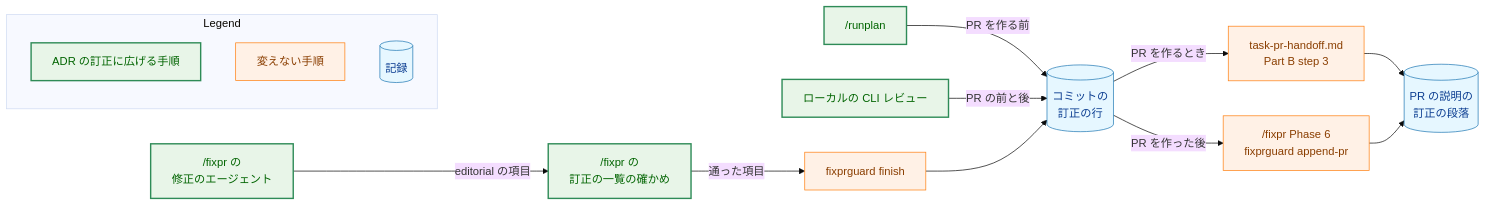
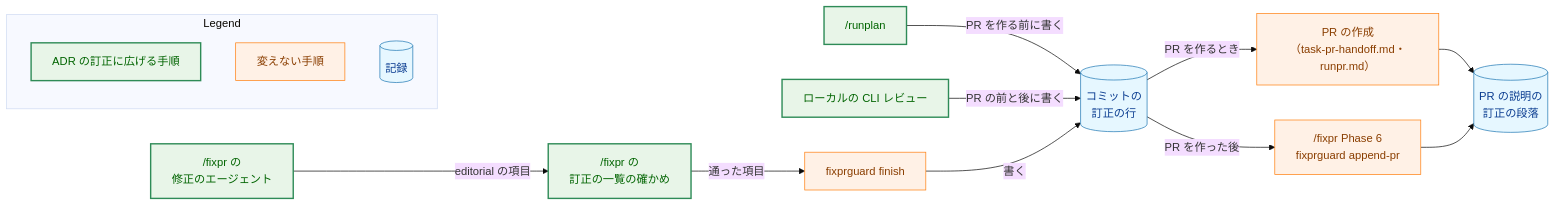
Before and after one commit to isseis/yt2column: the first of 5 diagrams in docs/tasks/0074_adr_editorial_correction/02_architecture.md, drawn with Mermaid (base theme). The commit also changed other lines of this file, not shown here.

First line of the commit message:
docs(0074): address the architecture review findings

````diff
--- a/docs/tasks/0074_adr_editorial_correction/02_architecture.md
+++ b/docs/tasks/0074_adr_editorial_correction/02_architecture.md
@@ -78,39 +93,39 @@
 ```mermaid
 flowchart LR
     classDef data fill:#e6f7ff,stroke:#1f77b4,stroke-width:1px,color:#0b3d91;
     classDef process fill:#fff1e6,stroke:#ff7f0e,stroke-width:1px,color:#8a3e00;
     classDef enhanced fill:#e8f5e8,stroke:#2e8b57,stroke-width:2px,color:#006400;
 
     RP["/runplan"]
     LCR["ローカルの CLI レビュー"]
     FA["/fixpr の<br>修正のエージェント"]
     CHK["/fixpr の<br>訂正の一覧の確かめ"]
     FIN["fixprguard finish"]
     LINE[("コミットの<br>訂正の行")]
-    HO["task-pr-handoff.md<br>Part B step 3"]
+    HO["PR の作成<br>（task-pr-handoff.md・runpr.md）"]
     APP["/fixpr Phase 6<br>fixprguard append-pr"]
     PARA[("PR の説明の<br>訂正の段落")]
 
-    RP -->|"PR を作る前"| LINE
-    LCR -->|"PR の前と後"| LINE
+    RP -->|"PR を作る前に書く"| LINE
+    LCR -->|"PR の前と後に書く"| LINE
     FA -->|"editorial の項目"| CHK
     CHK -->|"通った項目"| FIN
-    FIN --> LINE
+    FIN -->|"書く"| LINE
     LINE -->|"PR を作るとき"| HO
     LINE -->|"PR を作った後"| APP
     HO --> PARA
     APP --> PARA
 
     class RP,LCR,FA,CHK enhanced
     class FIN,HO,APP process
     class LINE,PARA data
 
     subgraph Legend["Legend"]
         L1["ADR の訂正に広げる手順"]
         L2["変えない手順"]
         L3[("記録")]
     end
     class L1 enhanced
     class L2 process
     class L3 data
 ```
````
